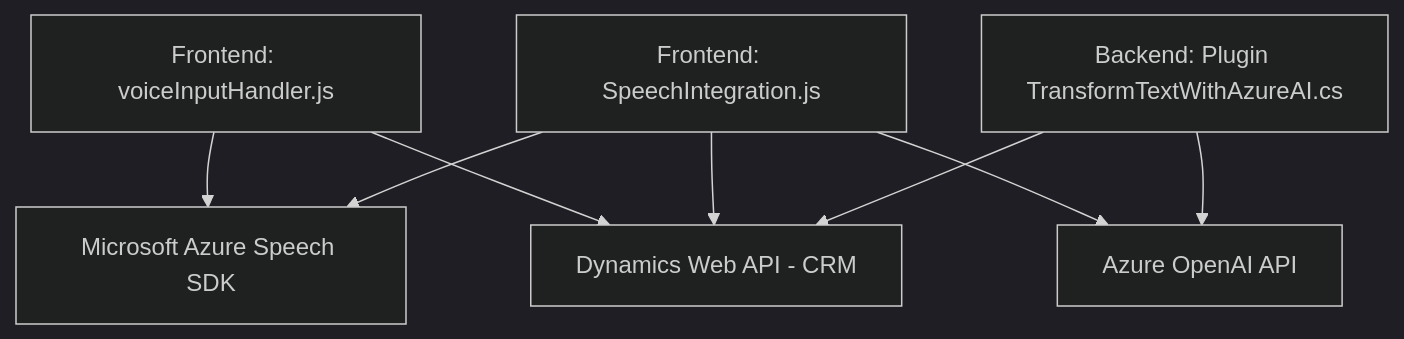
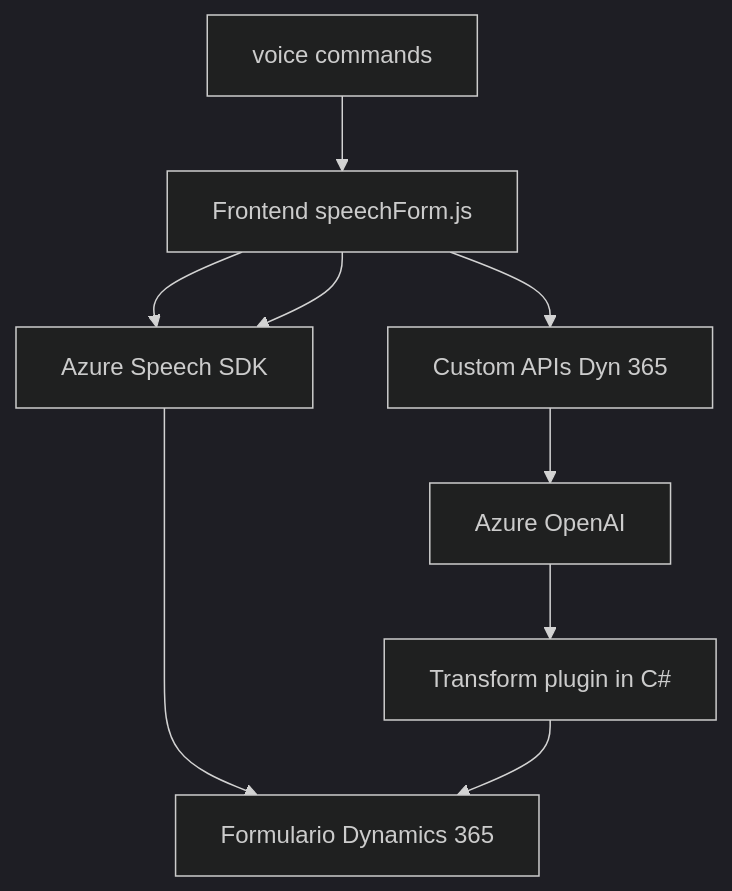
One commit to blopezdm/NETCORE_BILBAO2025 changed the diagram in README.md. Above: the diagram before and after it, drawn with Mermaid (dark theme). The commit also changed other lines of this file, not shown here.

````diff
--- a/README.md
+++ b/README.md
@@ -44,17 +30,11 @@
 ```mermaid
 graph TD
-    A["Frontend: voiceInputHandler.js"]
-    B["Frontend: SpeechIntegration.js"]
-    C["Backend: Plugin TransformTextWithAzureAI.cs"]
-    D["Microsoft Azure Speech SDK"]
-    E["Dynamics Web API - CRM"]
-    F["Azure OpenAI API"]
-
-    A --> D
-    A --> E
-    B --> D
-    B --> E
-    B --> F
-    C --> F
-    C --> E
+    A[Frontend readForm.js] --> B["Azure Speech SDK"]
+    A[Frontend speechForm.js] --> B["Azure Speech SDK"]
+    A --> C[Custom APIs Dyn 365]
+    C --> G["Azure OpenAI"]
+    B --> D[Formulario Dynamics 365]
+    G --> F["Transform plugin in C#"]
+    F --> D[Formulario Dynamics 365]
+    E["voice commands"] --> A
 ```
````
